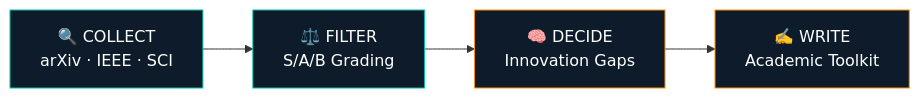
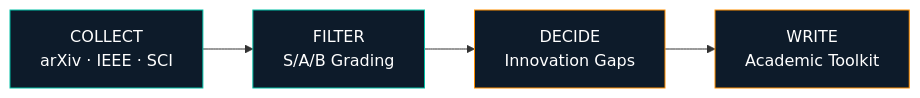
The first of 2 diagrams in README.md (Destined-at-Dawn/research-daily), drawn with Mermaid before and after one commit. The commit also changed other lines of this file and 136 other files, not shown here.

````diff
--- a/README.md
+++ b/README.md
@@ -30,10 +30,10 @@
 ```mermaid
 graph LR
-    A["🔍 COLLECT<br/>arXiv · IEEE · SCI"] --> B["⚖️ FILTER<br/>S/A/B Grading"]
-    B --> C["🧠 DECIDE<br/>Innovation Gaps"]
-    C --> D["✍️ WRITE<br/>Academic Toolkit"]
+    A[" COLLECT<br/>arXiv · IEEE · SCI"] --> B[" FILTER<br/>S/A/B Grading"]
+    B --> C[" DECIDE<br/>Innovation Gaps"]
+    C --> D[" WRITE<br/>Academic Toolkit"]
     style A fill:#0D1B2A,stroke:#00BFA5,color:#fff
     style B fill:#0D1B2A,stroke:#00BFA5,color:#fff
     style C fill:#0D1B2A,stroke:#FF8F00,color:#fff
     style D fill:#0D1B2A,stroke:#FF8F00,color:#fff
 ```
````
